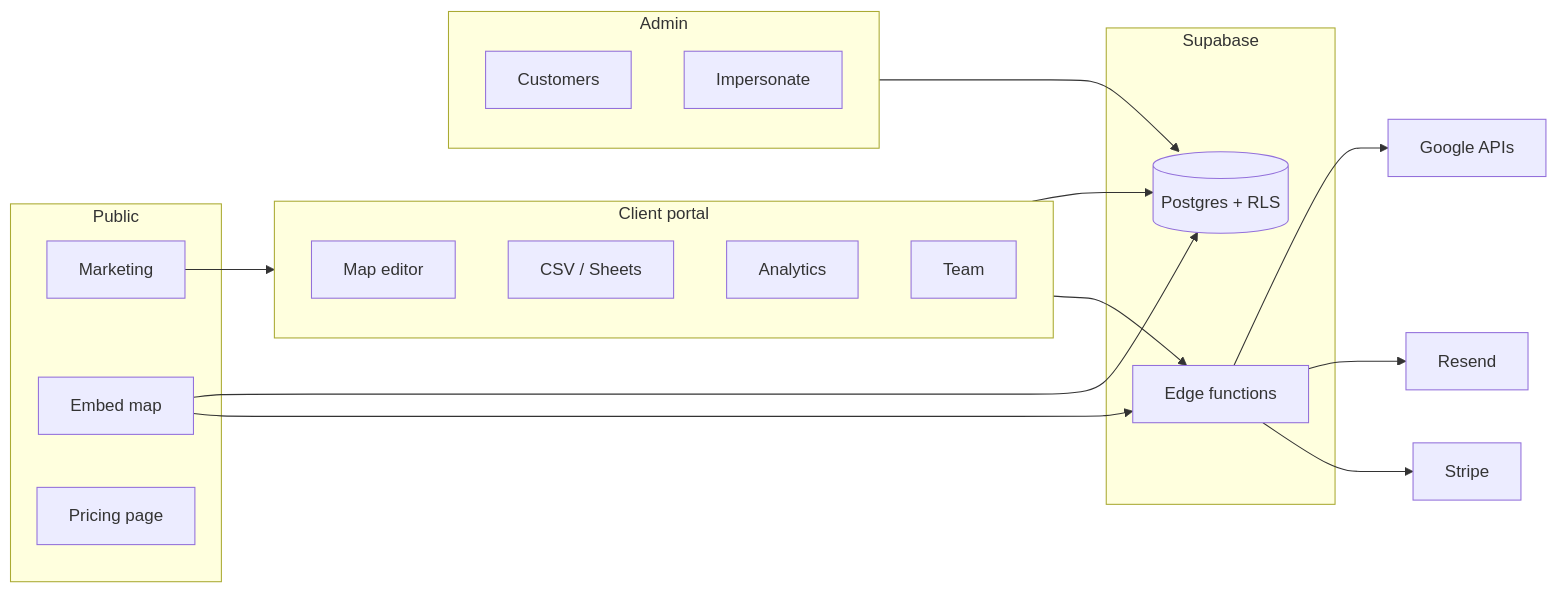
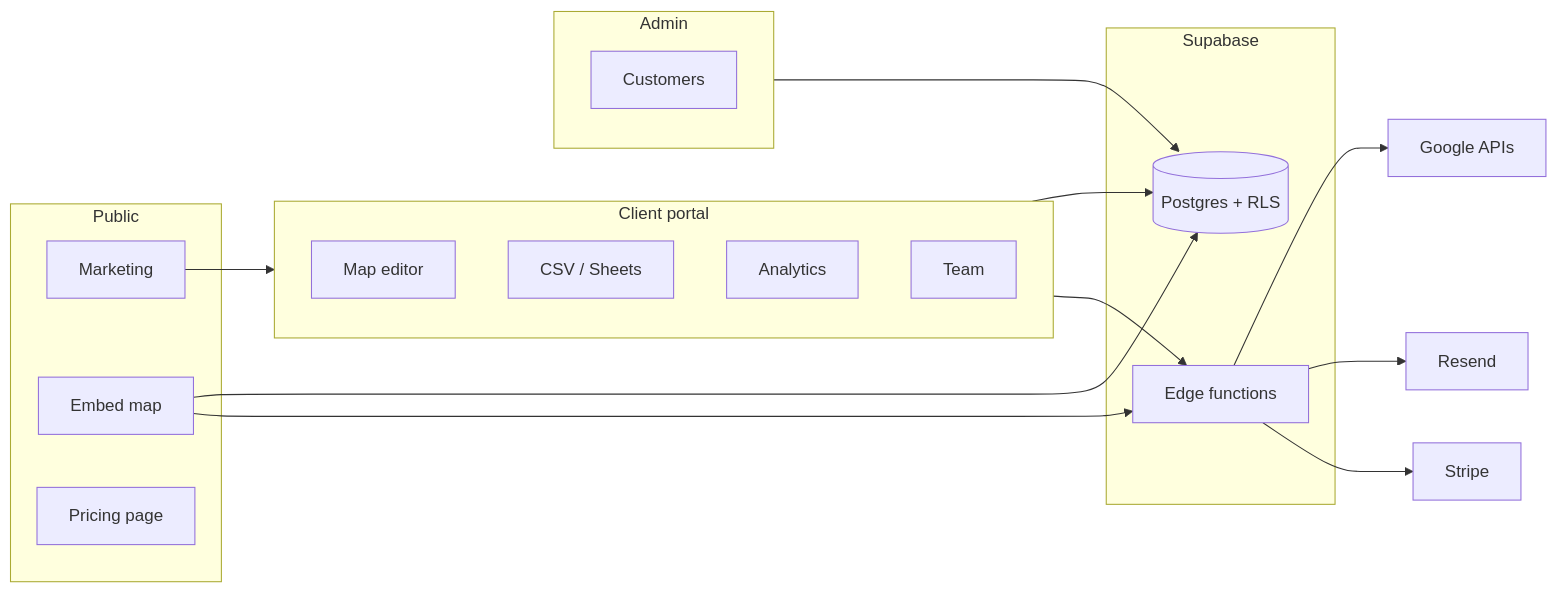
Before and after one commit to layercake-cx/directory-maps: the diagram in docs/FEATURES.md, drawn with Mermaid. The commit also changed other lines of this file and 10 other files, not shown here.

````diff
--- a/docs/FEATURES.md
+++ b/docs/FEATURES.md
@@ -11,31 +11,30 @@
 ```mermaid
 flowchart LR
   subgraph public [Public]
     Home[Marketing]
     Embed[Embed map]
     Pricing[Pricing page]
   end
   subgraph client [Client portal]
     Maps[Map editor]
     Data[CSV / Sheets]
     Stats[Analytics]
     Team[Team]
   end
   subgraph admin [Admin]
     Clients[Customers]
-    Impersonate[Impersonate]
   end
   subgraph backend [Supabase]
     DB[(Postgres + RLS)]
     EF[Edge functions]
   end
   Home --> client
   client --> DB
   client --> EF
   Embed --> DB
   Embed --> EF
   admin --> DB
   EF --> Google[Google APIs]
   EF --> Resend[Resend]
   EF --> Stripe[Stripe]
 ```
````
